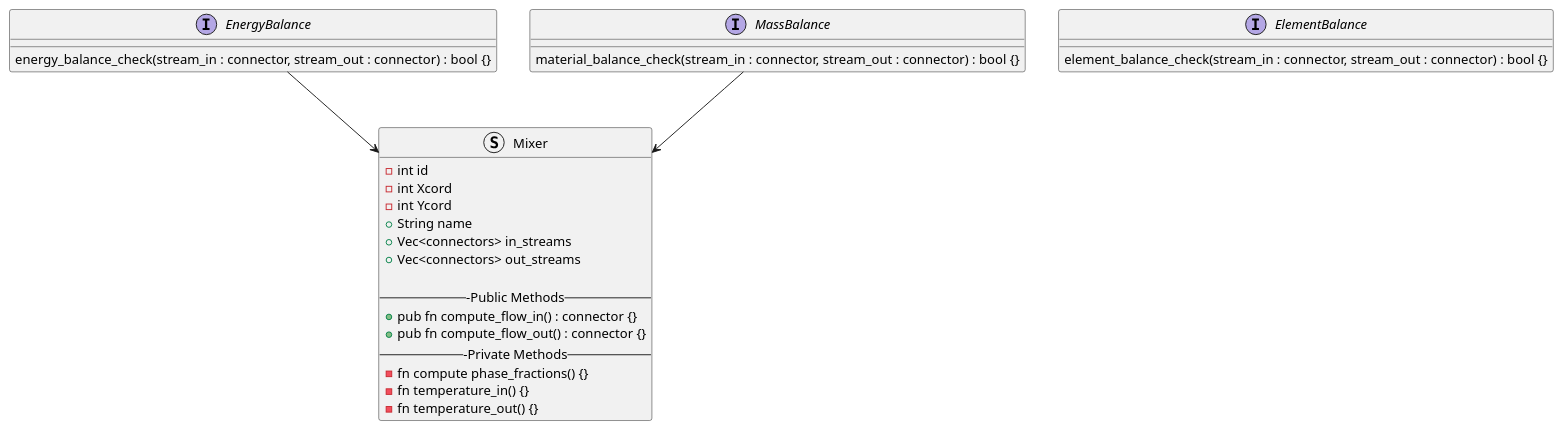
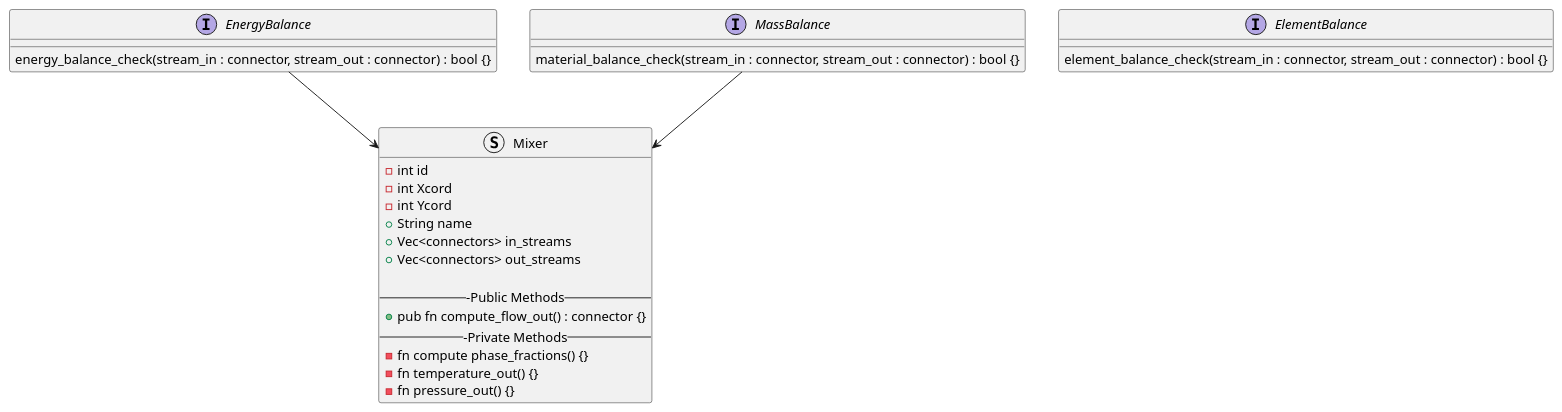
Before and after one commit to OSCPS-Project/OSCPS-UML: the diagram in blocks-module/blocks-module.puml, drawn with PlantUML. The commit also changed 1 other file, not shown here.

Commit message:
updating uml diagram for blocks module. specifically updated public and private functions in the diagram

```diff
--- a/blocks-module/blocks-module.puml
+++ b/blocks-module/blocks-module.puml
@@ -1,41 +1,40 @@
 @startuml Blocks_Module_Class_Diagram
 
 Interface EnergyBalance {
   energy_balance_check(stream_in : connector, stream_out : connector) : bool {} 
 }
 
 Interface MassBalance {
   material_balance_check(stream_in : connector, stream_out : connector) : bool {}  
 }
 
 
 Interface ElementBalance {
   element_balance_check(stream_in : connector, stream_out : connector) : bool {}
 }
 
 
 
 
 
 Struct Mixer {
   - int id
   - int Xcord
   - int Ycord
   + String name
   + Vec<connectors> in_streams
   + Vec<connectors> out_streams
 
   ---Public Methods--
-  + pub fn compute_flow_in() : connector {}
   + pub fn compute_flow_out() : connector {}
   ---Private Methods--
   - fn compute phase_fractions() {}
-  - fn temperature_in() {}
   - fn temperature_out() {}
+  - fn pressure_out() {} 
 }
 
 EnergyBalance --> Mixer
 MassBalance --> Mixer
 
 
 @enduml
```
